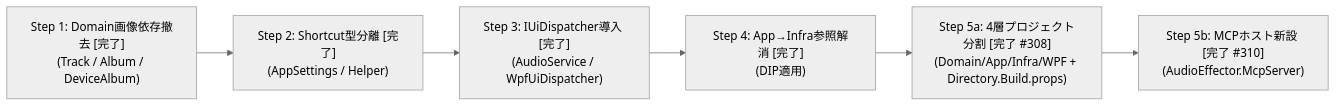
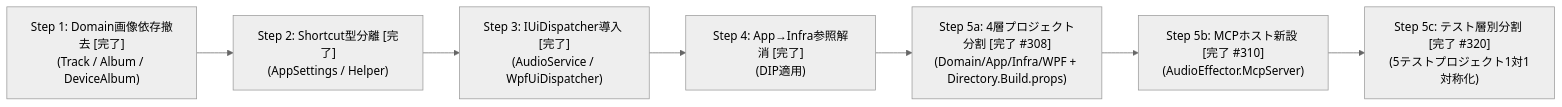
One commit to taketonnbo/Audio_Effector changed the fourth of 4 diagrams in 設計/詳細設計/アーキテクチャ/アーキテクチャ全体設計書.md. Above: the diagram before and after it, drawn with Mermaid (neutral theme). The commit also changed other lines of this file and 2 other files, not shown here.

````diff
--- a/設計/詳細設計/アーキテクチャ/アーキテクチャ全体設計書.md
+++ b/設計/詳細設計/アーキテクチャ/アーキテクチャ全体設計書.md
@@ -226,8 +232,9 @@
 ```mermaid
 flowchart LR
     S1["Step 1: Domain画像依存撤去 [完了]<br/>(Track / Album / DeviceAlbum)"] --> S2["Step 2: Shortcut型分離 [完了]<br/>(AppSettings / Helper)"]
     S2 --> S3["Step 3: IUiDispatcher導入 [完了]<br/>(AudioService / WpfUiDispatcher)"]
     S3 --> S4["Step 4: App→Infra参照解消 [完了]<br/>(DIP適用)"]
     S4 --> S5a["Step 5a: 4層プロジェクト分割 [完了 #308]<br/>(Domain/App/Infra/WPF + Directory.Build.props)"]
     S5a --> S5b["Step 5b: MCPホスト新設 [完了 #310]<br/>(AudioEffector.McpServer)"]
+    S5b --> S5c["Step 5c: テスト層別分割 [完了 #320]<br/>(5テストプロジェクト1対1対称化)"]
 ```
````
